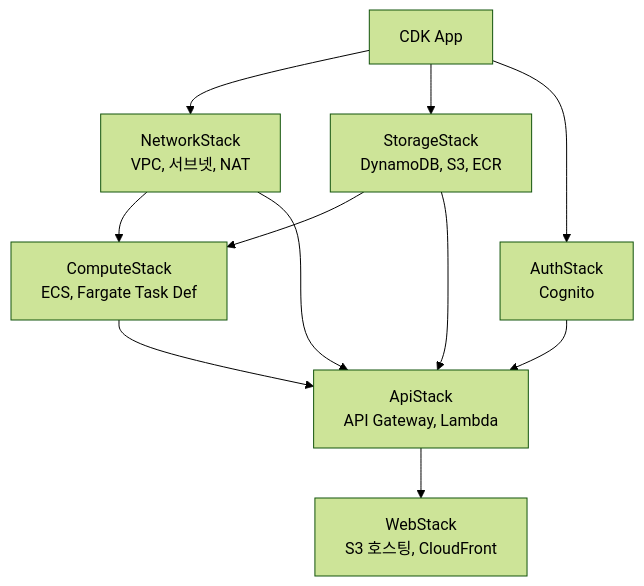
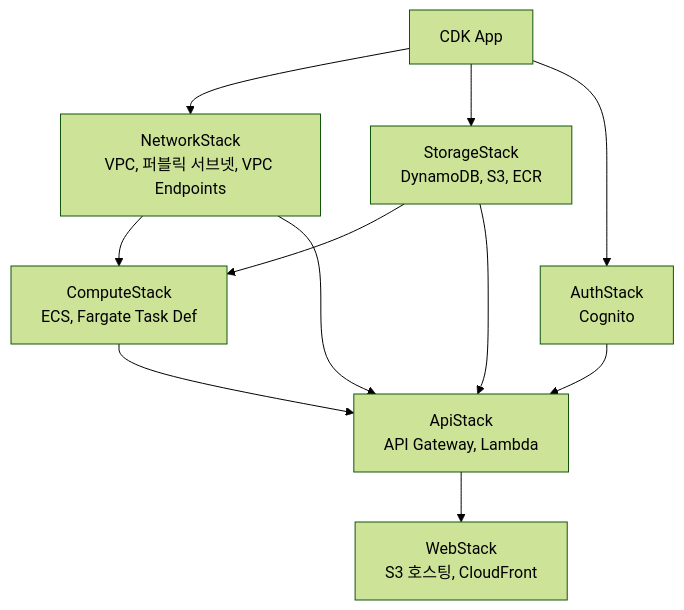
Diagram 11 of 12 in docs/architecture.md (geoseong/serverless-openclaw), drawn with Mermaid (forest theme) before and after one commit. The commit also changed other lines of this file and 5 other files, not shown here.

````diff
--- a/docs/architecture.md
+++ b/docs/architecture.md
@@ -660,21 +771,21 @@
 ```mermaid
 graph TD
     App[CDK App]
-    NS[NetworkStack\nVPC, 서브넷, NAT]
+    NS[NetworkStack\nVPC, 퍼블릭 서브넷, VPC Endpoints]
     SS[StorageStack\nDynamoDB, S3, ECR]
     AS[AuthStack\nCognito]
     CS[ComputeStack\nECS, Fargate Task Def]
     APIS[ApiStack\nAPI Gateway, Lambda]
     WS[WebStack\nS3 호스팅, CloudFront]
 
     App --> NS
     App --> SS
     App --> AS
     NS --> CS
     SS --> CS
     NS --> APIS
     SS --> APIS
     AS --> APIS
     CS --> APIS
     APIS --> WS
 ```
````
